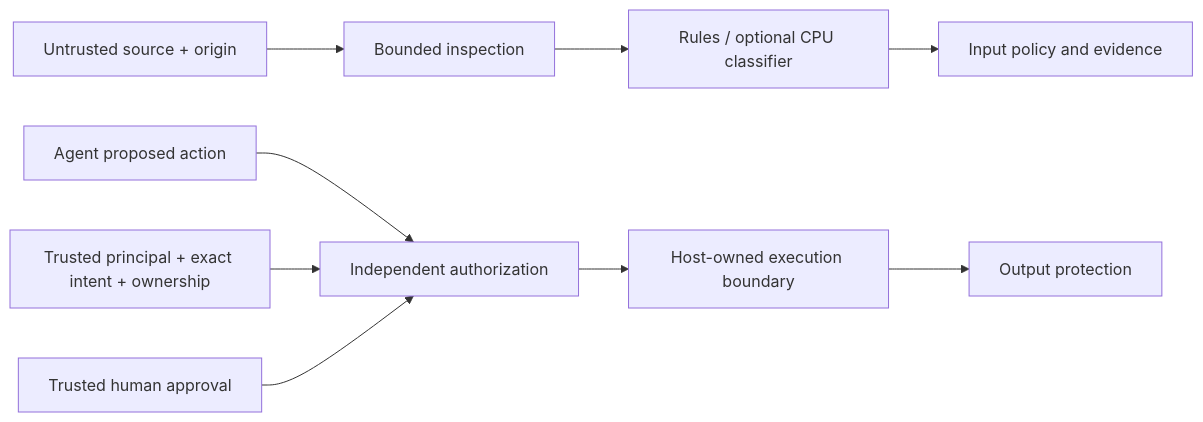
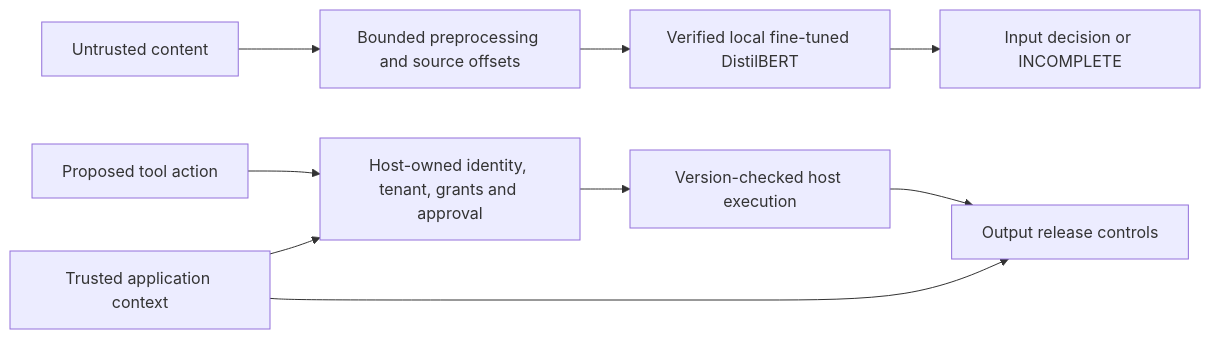
One commit to namelessweakl1ng/kjnlae changed the diagram in README.md. Above: the diagram before and after it, drawn with Mermaid. The commit also changed other lines of this file and 42 other files, not shown here.

````diff
--- a/README.md
+++ b/README.md
@@ -22,11 +17,11 @@
 ```mermaid
 flowchart LR
-    U[Untrusted source + origin] --> I[Bounded inspection]
-    I --> R[Rules / optional CPU classifier]
-    R --> D[Input policy and evidence]
-    A[Agent proposed action] --> G[Independent authorization]
-    T[Trusted principal + exact intent + ownership] --> G
-    H[Trusted human approval] --> G
-    G --> E[Host-owned execution boundary]
-    E --> O[Output protection]
+  U[Untrusted content] --> P[Bounded preprocessing and source offsets]
+  P --> M[Verified local fine-tuned DistilBERT]
+  M --> I[Input decision or INCOMPLETE]
+  A[Proposed tool action] --> G[Host-owned identity, tenant, grants and approval]
+  G --> X[Version-checked host execution]
+  X --> O[Output release controls]
+  T[Trusted application context] --> G
+  T --> O
 ```
````
